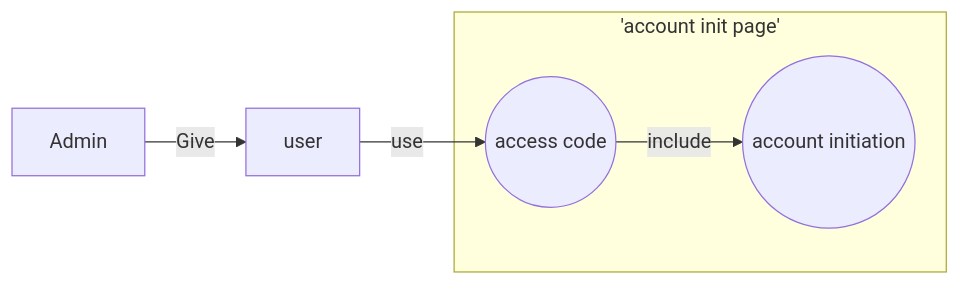
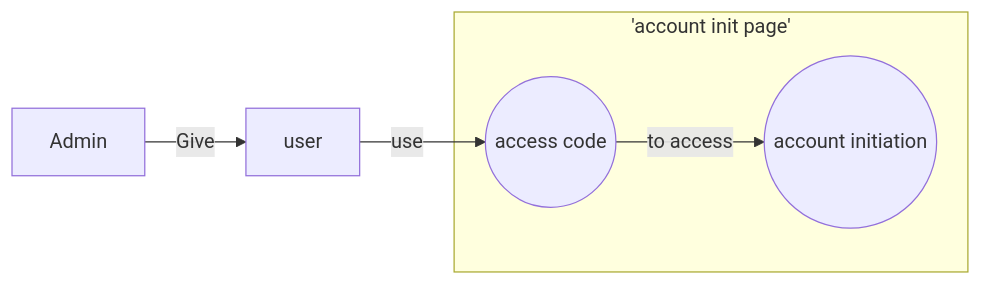
Before and after one commit to Omar1H1/initiative-app: the first of 4 diagrams in README.MD, drawn with Mermaid.

Commit message:
Update: README

````diff
--- a/README.MD
+++ b/README.MD
@@ -1,15 +1,15 @@
 ```mermaid
 flowchart LR
     subgraph 'account init page'
     uc1((access code))
     uc2((account initiation))
 
     end
     user[user]
     admin[Admin]
 
 
     admin --Give--> user
     user --use--> uc1
-    uc1 -- include --> uc2
+    uc1 -- to access --> uc2
 ```
````
